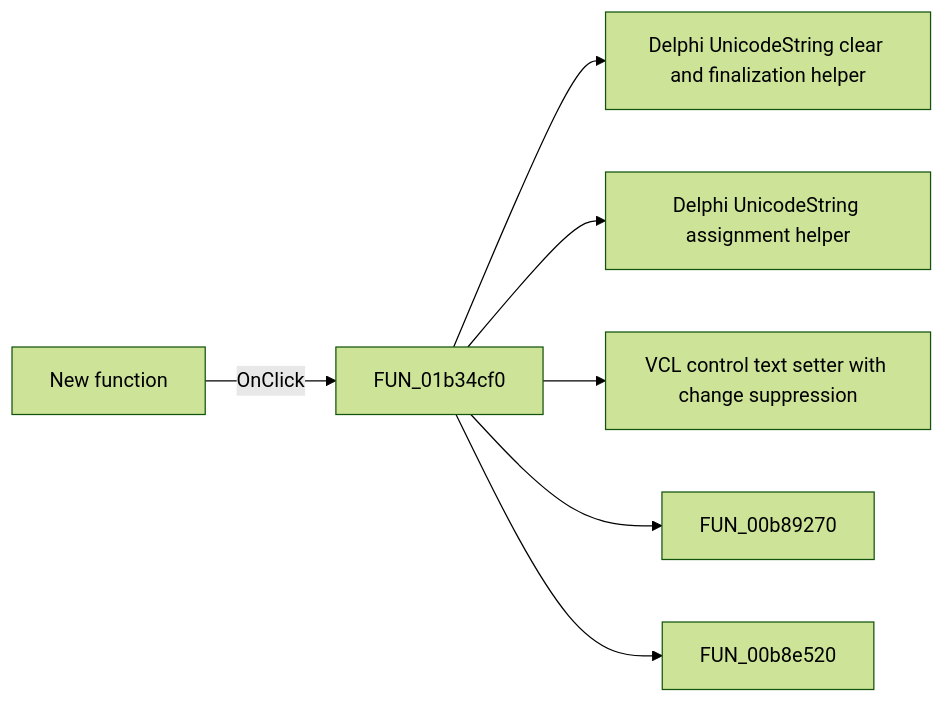
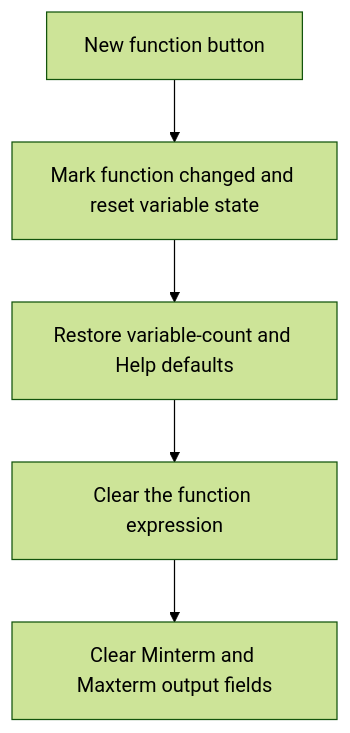
Before and after one commit to MovGP0/TIARA: the diagram in docs/ui-controls/introduction-form/end-b-f95a53aa36.md, drawn with Mermaid (forest theme). The commit also changed other lines of this file and 387 other files, not shown here.

````diff
--- a/docs/ui-controls/introduction-form/end-b-f95a53aa36.md
+++ b/docs/ui-controls/introduction-form/end-b-f95a53aa36.md
@@ -27,9 +27,7 @@
 ```mermaid
-flowchart LR
-    control["New function"] -->|OnClick| handler["FUN_01b34cf0"]
-    handler --> call1["Delphi UnicodeString clear and finalization helper"]
-    handler --> call2["Delphi UnicodeString assignment helper"]
-    handler --> call3["VCL control text setter with change suppression"]
-    handler --> call4["FUN_00b89270"]
-    handler --> call5["FUN_00b8e520"]
+flowchart TD
+    control["New function button"] --> reset["Mark function changed and reset variable state"]
+    reset --> defaults["Restore variable-count and Help defaults"]
+    defaults --> expression["Clear the function expression"]
+    expression --> output["Clear Minterm and Maxterm output fields"]
 ```
````
